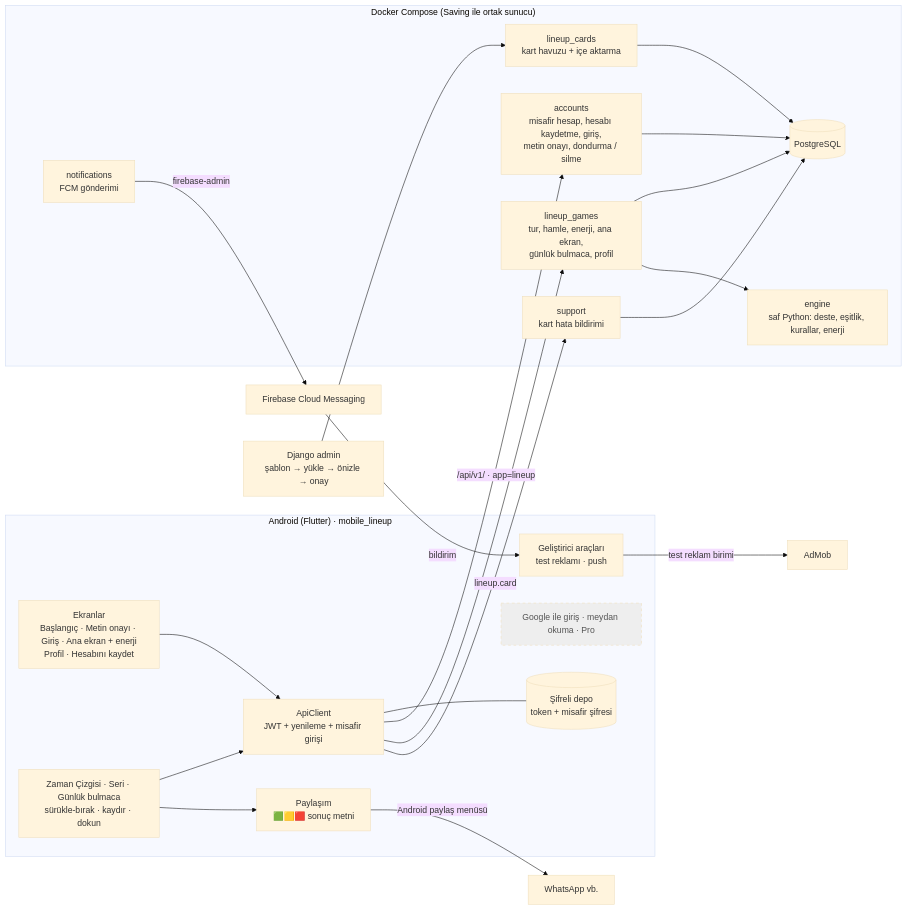
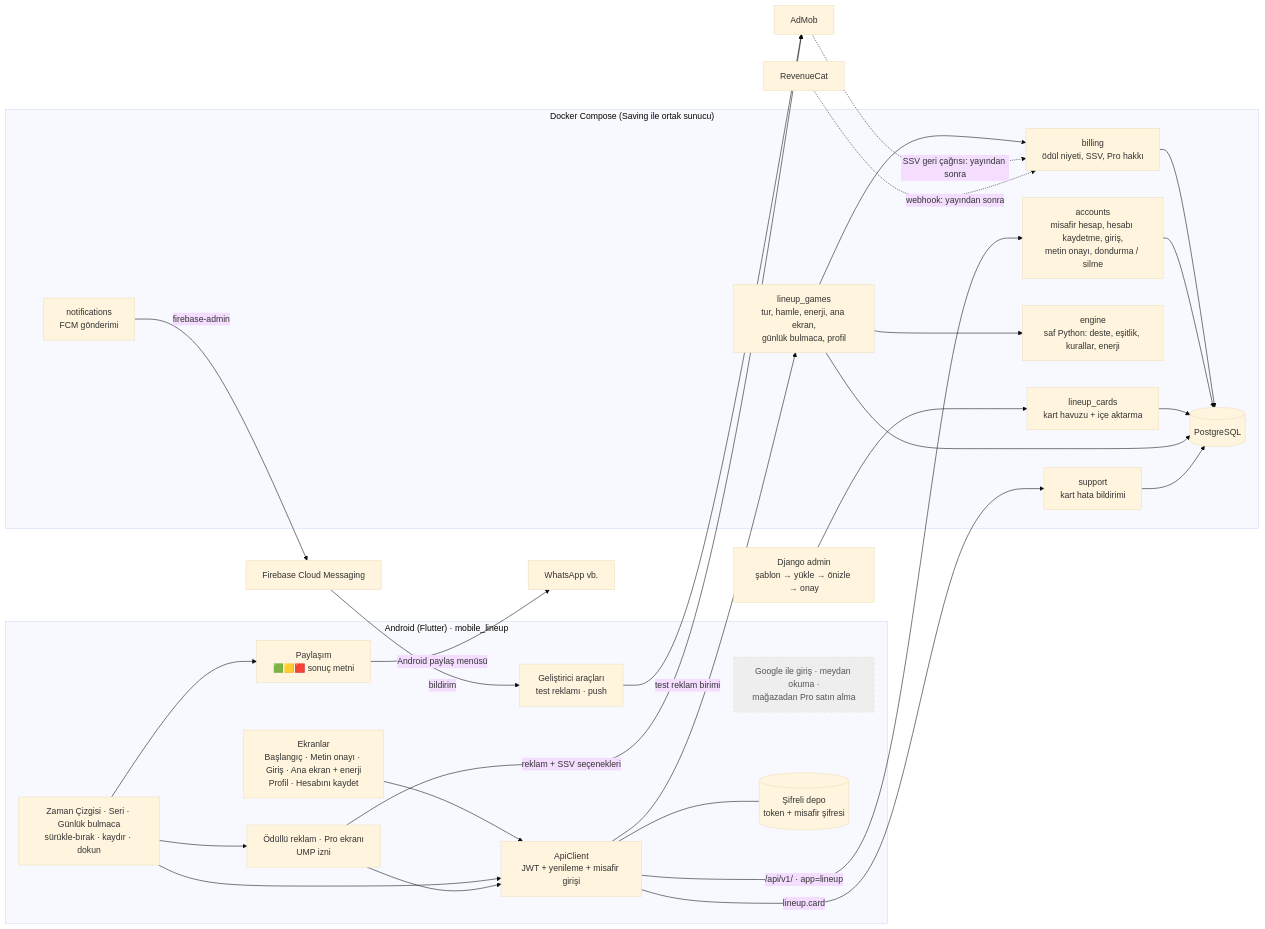
The first of 8 diagrams in docs/FLOW_lineup.md (anilcelik0/saving), drawn with Mermaid (base theme) before and after one commit. The commit also changed other lines of this file and 26 other files, not shown here.

Commit message:
[lineup] Rewarded ads (energy, continue) with UMP consent, Pro screen + debug toggle, daily archive, ad privacy option; privacy/KVKK drafts for ads and Pro; Phase 5 docs

````diff
--- a/docs/FLOW_lineup.md
+++ b/docs/FLOW_lineup.md
@@ -12,43 +12,52 @@
 ```mermaid
 flowchart LR
     subgraph Mobil["Android (Flutter) · mobile_lineup"]
         UI[Ekranlar<br/>Başlangıç · Metin onayı · Giriş · Ana ekran + enerji<br/>Profil · Hesabını kaydet]
         DEV[Geliştirici araçları<br/>test reklamı · push]
         MODES[Zaman Çizgisi · Seri · Günlük bulmaca<br/>sürükle-bırak · kaydır · dokun]
         SHARE[Paylaşım<br/>🟩🟨🟥 sonuç metni]
-        LATER[Google ile giriş · meydan okuma · Pro]
+        ADS[Ödüllü reklam · Pro ekranı<br/>UMP izni]
+        LATER[Google ile giriş · meydan okuma ·<br/>mağazadan Pro satın alma]
         API[ApiClient<br/>JWT + yenileme + misafir girişi]
         STORE[(Şifreli depo<br/>token + misafir şifresi)]
         UI --> API
         MODES --> API
         MODES --> SHARE
+        MODES --> ADS
+        ADS --> API
         API --- STORE
     end
 
     subgraph Sunucu["Docker Compose (Saving ile ortak sunucu)"]
         ACC[accounts<br/>misafir hesap, hesabı kaydetme, giriş,<br/>metin onayı, dondurma / silme]
         NOTIF[notifications<br/>FCM gönderimi]
         CARDS[lineup_cards<br/>kart havuzu + içe aktarma]
         GAMES[lineup_games<br/>tur, hamle, enerji, ana ekran,<br/>günlük bulmaca, profil]
         ENGINE[engine<br/>saf Python: deste, eşitlik, kurallar, enerji]
         SUP[support<br/>kart hata bildirimi]
+        BILL[billing<br/>ödül niyeti, SSV, Pro hakkı]
+        BILL --> DB
+        GAMES --> BILL
         DB[(PostgreSQL)]
         ACC --> DB
         CARDS --> DB
         GAMES --> DB
         GAMES --> ENGINE
         SUP --> DB
     end
 
     API -->|/api/v1/ · app=lineup| ACC
     API --> GAMES
     API -->|lineup.card| SUP
     NOTIF -->|firebase-admin| FCM[Firebase Cloud Messaging]
     FCM -->|bildirim| DEV
     SHARE -->|Android paylaş menüsü| WA[WhatsApp vb.]
     DEV -->|test reklam birimi| ADMOB[AdMob]
+    ADS -->|reklam + SSV seçenekleri| ADMOB
+    ADMOB -.->|SSV geri çağrısı: yayından sonra| BILL
+    RC[RevenueCat] -.->|webhook: yayından sonra| BILL
     ADM[Django admin<br/>şablon → yükle → önizle → onay] --> CARDS
 
     classDef planned stroke-dasharray: 5 5,fill:#eee,color:#555
     class LATER planned
 ```
````
